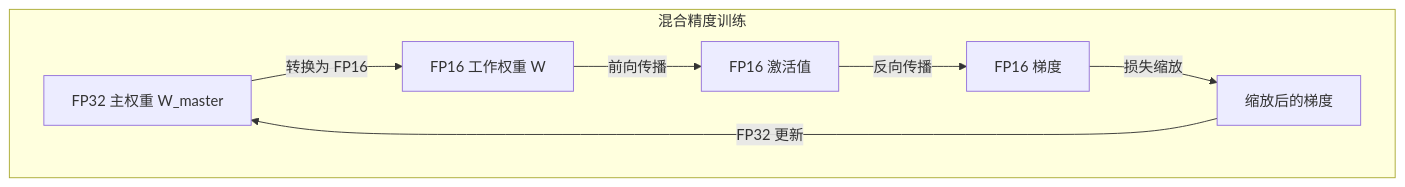
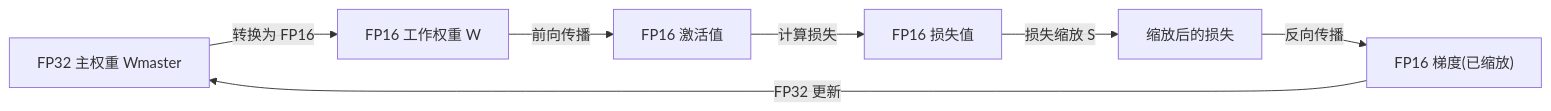
The seventh of 9 diagrams in docs/language-models/pretraining/distributed-training.md (fenixsoft/dmla), drawn with Mermaid before and after one commit. The commit also changed other lines of this file and 123 other files, not shown here.

````diff
--- a/docs/language-models/pretraining/distributed-training.md
+++ b/docs/language-models/pretraining/distributed-training.md
@@ -304,11 +280,10 @@
-```mermaid
-graph TB
-    subgraph 混合精度训练
-        FP32_W["FP32 主权重 W_master"]
-        FP32_W -->|"转换为 FP16"| FP16_W["FP16 工作权重 W"]
-        FP16_W -->|"前向传播"| FP16_A["FP16 激活值"]
-        FP16_A -->|"反向传播"| FP16_G["FP16 梯度"]
-        FP16_G -->|"损失缩放"| SCALED["缩放后的梯度"]
-        SCALED -->|"FP32 更新"| FP32_W
-    end
+```mermaid compact
+graph LR
+    FP32_W["FP32 主权重 Wmaster"]
+    FP32_W -->|"转换为 FP16"| FP16_W["FP16 工作权重 W"]
+    FP16_W -->|"前向传播"| FP16_A["FP16 激活值"]
+    FP16_A -->|"计算损失"| LOSS["FP16 损失值"]
+    LOSS -->|"损失缩放 S"| SCALED_LOSS["缩放后的损失"]
+    SCALED_LOSS -->|"反向传播"| FP16_G["FP16 梯度(已缩放)"]
+    FP16_G -->|"FP32 更新"| FP32_W
 ```
````
